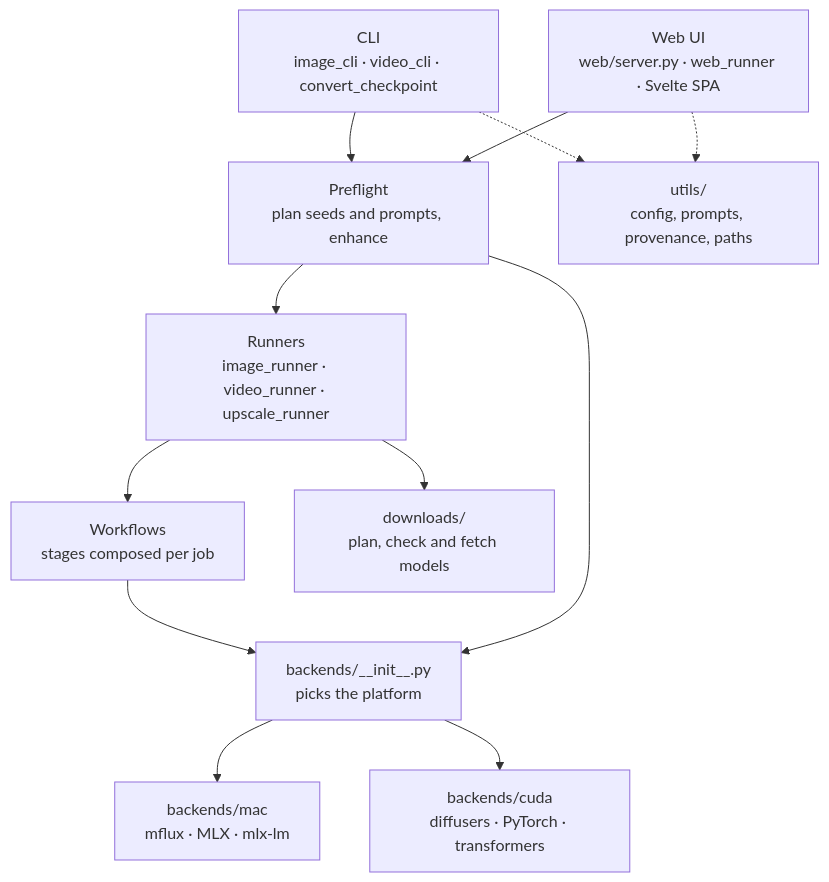
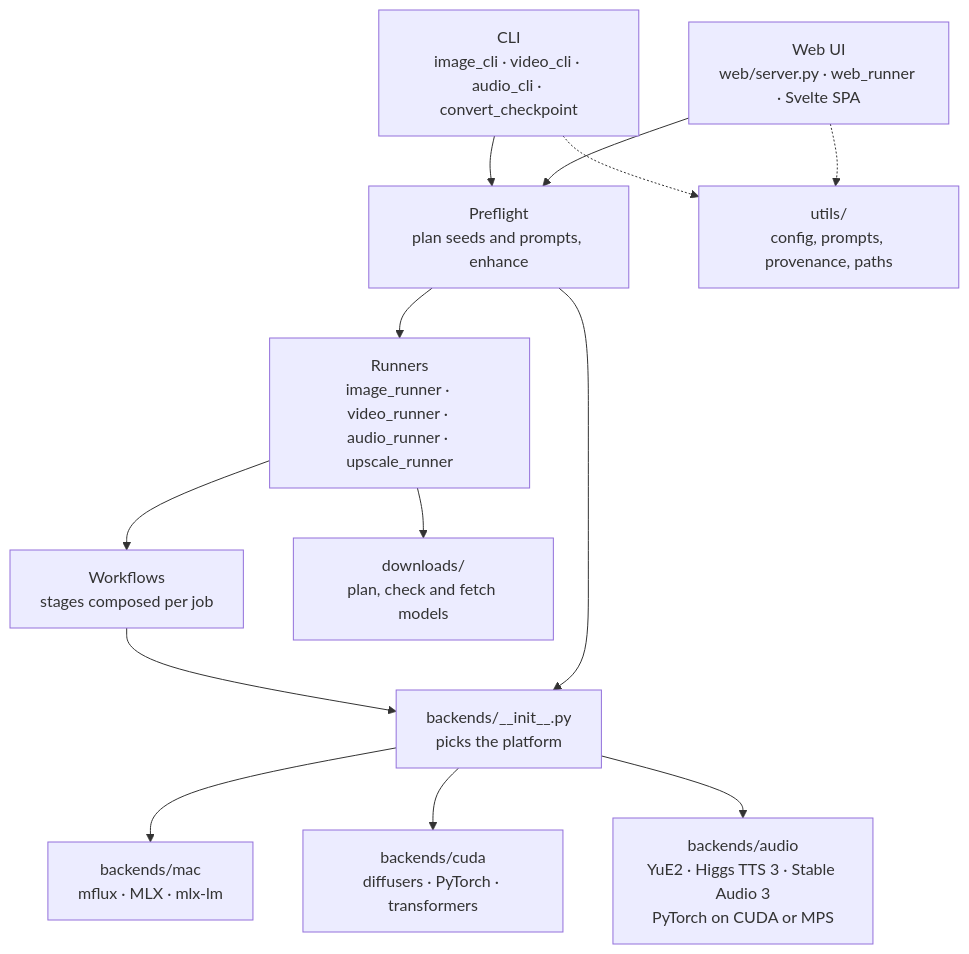
Before and after one commit to knuthelge/ZVisionGenerator: the diagram in docs/developer/architecture.md, drawn with Mermaid. The commit also changed other lines of this file and 102 other files, not shown here.

````diff
--- a/docs/developer/architecture.md
+++ b/docs/developer/architecture.md
@@ -5,25 +5,27 @@
 ```mermaid
 graph TD
-  CLI["CLI<br/>image_cli · video_cli · convert_checkpoint"]
+  CLI["CLI<br/>image_cli · video_cli · audio_cli · convert_checkpoint"]
   WEB["Web UI<br/>web/server.py · web_runner · Svelte SPA"]
   PRE["Preflight<br/>plan seeds and prompts, enhance"]
-  RUN["Runners<br/>image_runner · video_runner · upscale_runner"]
+  RUN["Runners<br/>image_runner · video_runner · audio_runner · upscale_runner"]
   WF["Workflows<br/>stages composed per job"]
   SEL["backends/__init__.py<br/>picks the platform"]
   MAC["backends/mac<br/>mflux · MLX · mlx-lm"]
   CUDA["backends/cuda<br/>diffusers · PyTorch · transformers"]
+  AUD["backends/audio<br/>YuE2 · Higgs TTS 3 · Stable Audio 3<br/>PyTorch on CUDA or MPS"]
   DL["downloads/<br/>plan, check and fetch models"]
   UT["utils/<br/>config, prompts, provenance, paths"]
 
   CLI --> PRE
   WEB --> PRE
   PRE --> RUN
   RUN --> WF
   WF --> SEL
   PRE --> SEL
   SEL --> MAC
   SEL --> CUDA
+  SEL --> AUD
   RUN --> DL
   CLI -.-> UT
   WEB -.-> UT
 ```
````
